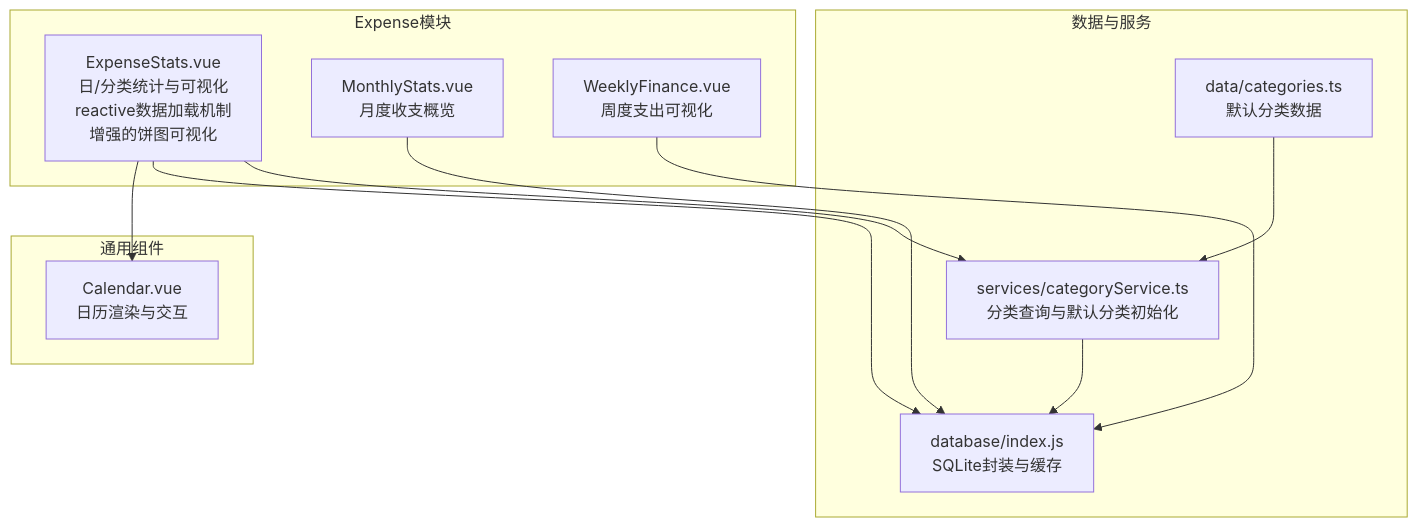
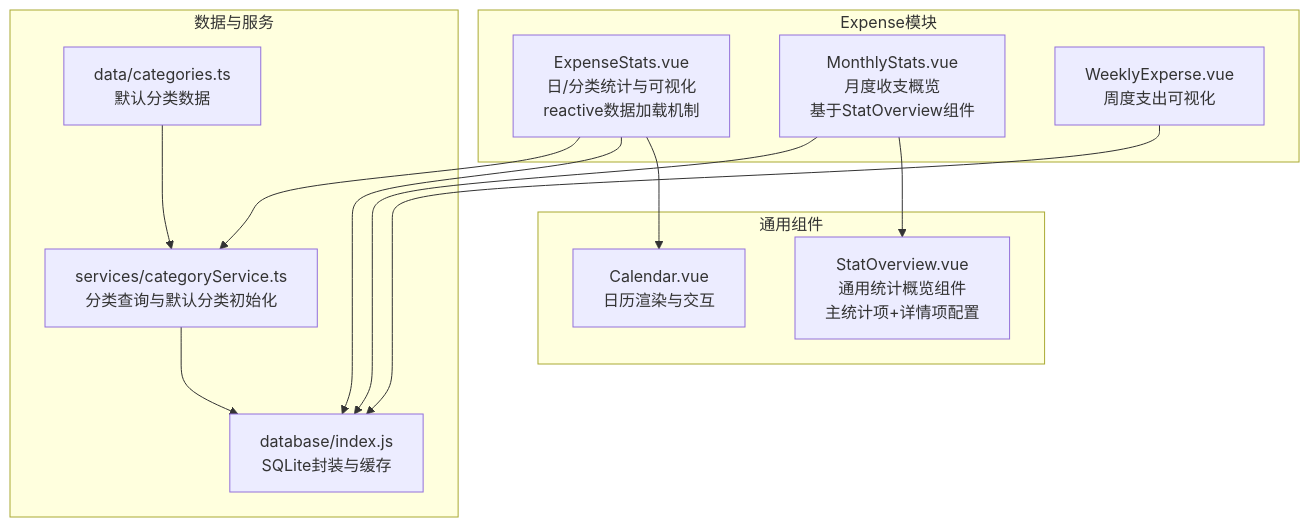
The first of 8 diagrams in .qoder/repowiki/zh/content/支出管理/支出统计分析.md (xiao-lin-unit/yuan), drawn with Mermaid before and after one commit. The commit also changed other lines of this file and 14 other files, not shown here.

````diff
--- a/.qoder/repowiki/zh/content/支出管理/支出统计分析.md
+++ b/.qoder/repowiki/zh/content/支出管理/支出统计分析.md
@@ -46,23 +48,25 @@
 ```mermaid
 graph TB
 subgraph "Expense模块"
-ES["ExpenseStats.vue<br/>日/分类统计与可视化<br/>reactive数据加载机制<br/>增强的饼图可视化"]
-MS["MonthlyStats.vue<br/>月度收支概览"]
-WF["WeeklyFinance.vue<br/>周度支出可视化"]
+ES["ExpenseStats.vue<br/>日/分类统计与可视化<br/>reactive数据加载机制"]
+MS["MonthlyStats.vue<br/>月度收支概览<br/>基于StatOverview组件"]
+WE["WeeklyExperse.vue<br/>周度支出可视化"]
 end
 subgraph "通用组件"
+SO["StatOverview.vue<br/>通用统计概览组件<br/>主统计项+详情项配置"]
 CAL["Calendar.vue<br/>日历渲染与交互"]
 end
 subgraph "数据与服务"
 DB["database/index.js<br/>SQLite封装与缓存"]
 CS["services/categoryService.ts<br/>分类查询与默认分类初始化"]
 CAT["data/categories.ts<br/>默认分类数据"]
 end
 ES --> CAL
 ES --> DB
 ES --> CS
+MS --> SO
 MS --> DB
-WF --> DB
+WE --> DB
 CS --> DB
 CAT --> CS
 ```
````
